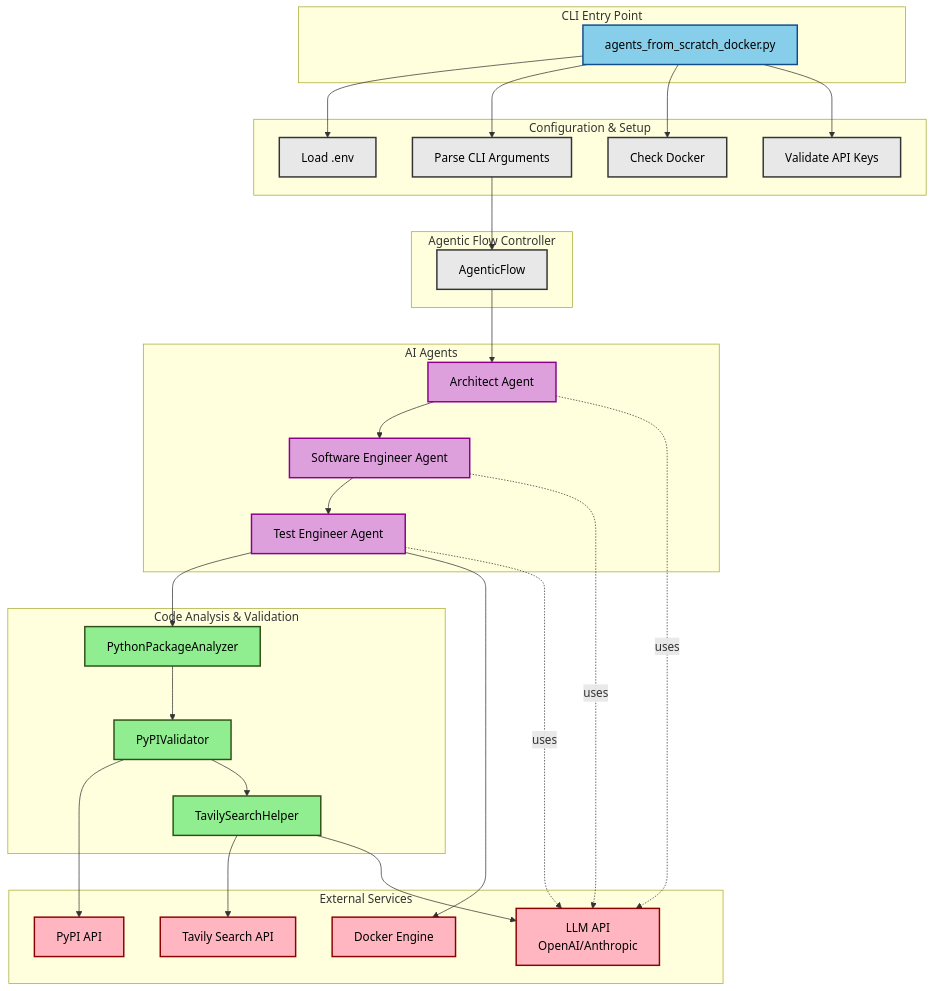
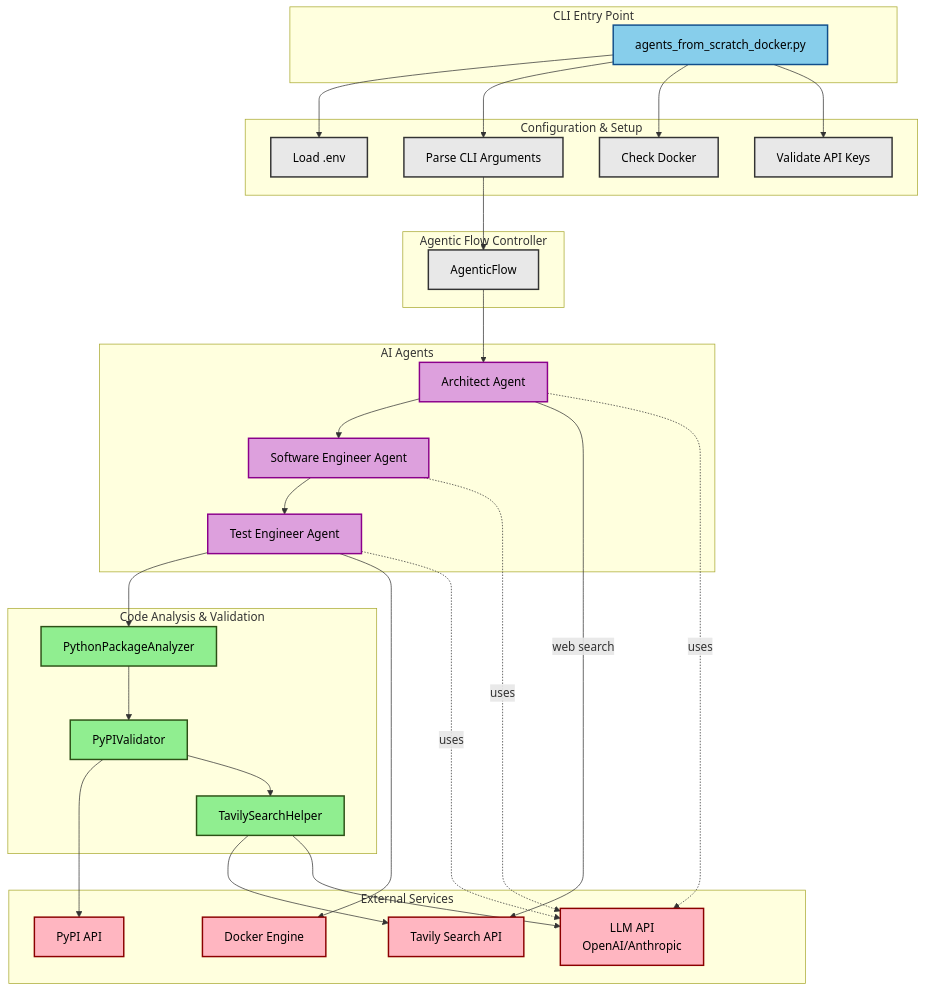
The first of 2 diagrams in README.md (oshea00/codeagents), drawn with Mermaid before and after one commit. The commit also changed other lines of this file and 4 other files, not shown here.

````diff
--- a/README.md
+++ b/README.md
@@ -138,66 +138,67 @@
 ```mermaid
 flowchart TB
     subgraph CLI["CLI Entry Point"]
         A[agents_from_scratch_docker.py]
     end
 
     subgraph Config["Configuration & Setup"]
         B[Load .env]
         C[Parse CLI Arguments]
         D[Check Docker]
         E[Validate API Keys]
     end
 
     subgraph Flow["Agentic Flow Controller"]
         F[AgenticFlow]
     end
 
     subgraph Agents["AI Agents"]
         G[Architect Agent]
         H[Software Engineer Agent]
         I[Test Engineer Agent]
     end
 
     subgraph Analysis["Code Analysis & Validation"]
         J[PythonPackageAnalyzer]
         K[PyPIValidator]
         L[TavilySearchHelper]
     end
 
     subgraph External["External Services"]
         M[LLM API<br/>OpenAI/Anthropic]
         N[PyPI API]
         O[Tavily Search API]
         P[Docker Engine]
     end
 
     A --> B
     A --> C
     A --> D
     A --> E
     C --> F
     F --> G
     G --> H
     H --> I
     I --> J
     J --> K
     K --> N
     K --> L
     L --> O
     L --> M
     I --> P
+    G -->|web search| O
     G -.->|uses| M
     H -.->|uses| M
     I -.->|uses| M
 
     classDef default fill:#E8E8E8,stroke:#333,stroke-width:2px,color:#000
     classDef cli fill:#87CEEB,stroke:#104E8B,stroke-width:2px,color:#000
     classDef agent fill:#DDA0DD,stroke:#8B008B,stroke-width:2px,color:#000
     classDef analysis fill:#90EE90,stroke:#2D5016,stroke-width:2px,color:#000
     classDef external fill:#FFB6C1,stroke:#8B0000,stroke-width:2px,color:#000
 
     class A cli
     class G,H,I agent
     class J,K,L analysis
     class M,N,O,P external
 ```
````
